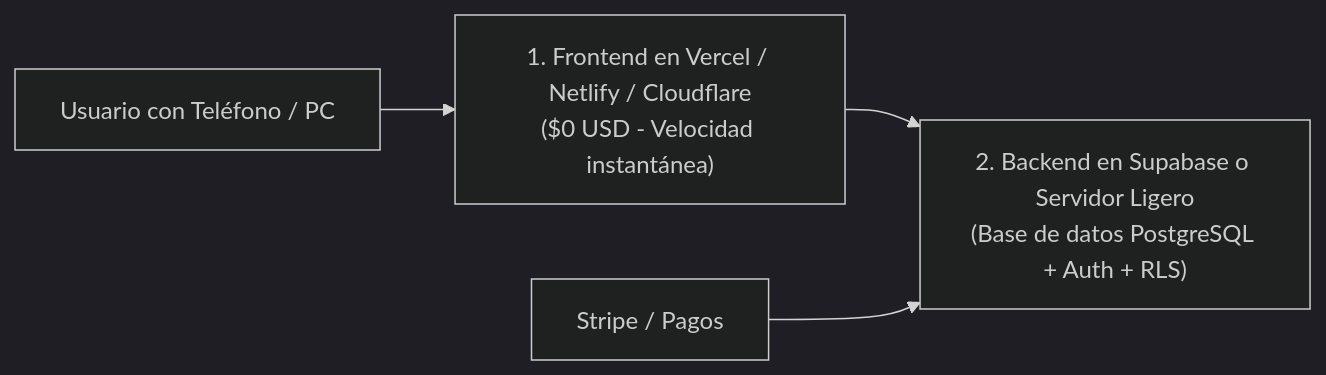
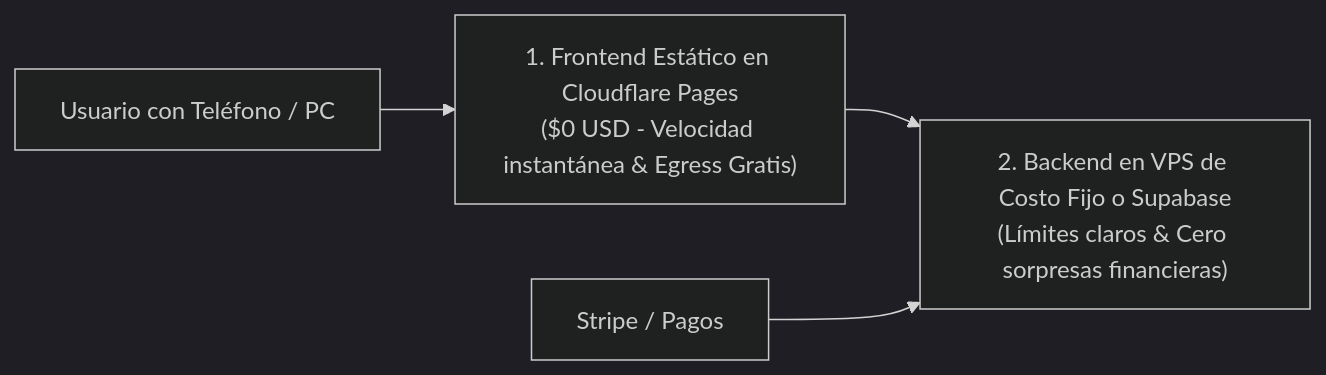
The diagram in docs/12-infraestructura-explicada-con-manzanas/01-que-es-un-hosting-vs-vps-vs-serverless.md (moisesrojasp89-Dev/Guia-de-desarrollo-asistido-con-IA), drawn with Mermaid (dark theme) before and after one commit. The commit also changed other lines of this file and 5 other files, not shown here.

````diff
--- a/docs/12-infraestructura-explicada-con-manzanas/01-que-es-un-hosting-vs-vps-vs-serverless.md
+++ b/docs/12-infraestructura-explicada-con-manzanas/01-que-es-un-hosting-vs-vps-vs-serverless.md
@@ -23,6 +23,6 @@
 ```mermaid
 flowchart LR
-    USUARIO["Usuario con Teléfono / PC"] --> FRONT["1. Frontend en Vercel / Netlify / Cloudflare\n($0 USD - Velocidad instantánea)"]
-    FRONT --> EDGE["2. Backend en Supabase o Servidor Ligero\n(Base de datos PostgreSQL + Auth + RLS)"]
-    STRIPE["Stripe / Pagos"] --> EDGE
+    USUARIO["Usuario con Teléfono / PC"] --> FRONT["1. Frontend Estático en Cloudflare Pages\n($0 USD - Velocidad instantánea & Egress Gratis)"]
+    FRONT --> BACK["2. Backend en VPS de Costo Fijo o Supabase\n(Límites claros & Cero sorpresas financieras)"]
+    STRIPE["Stripe / Pagos"] --> BACK
 ```
````
